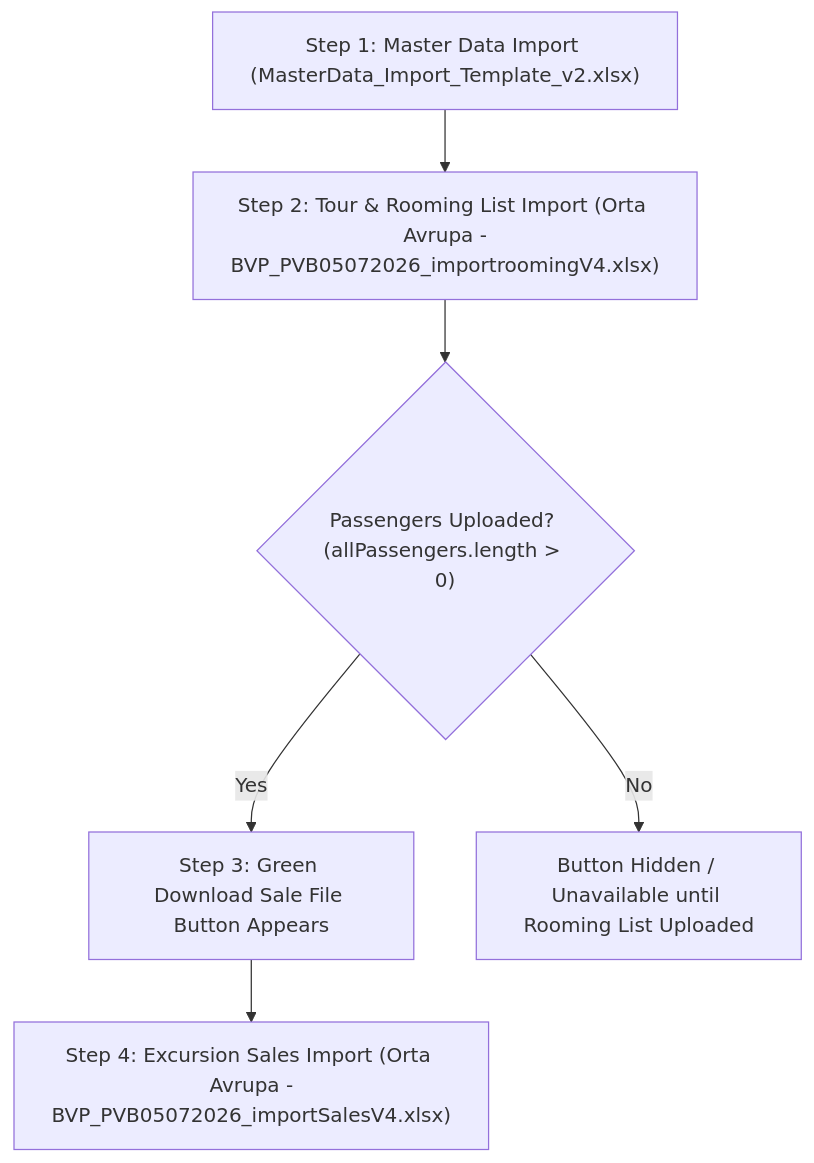
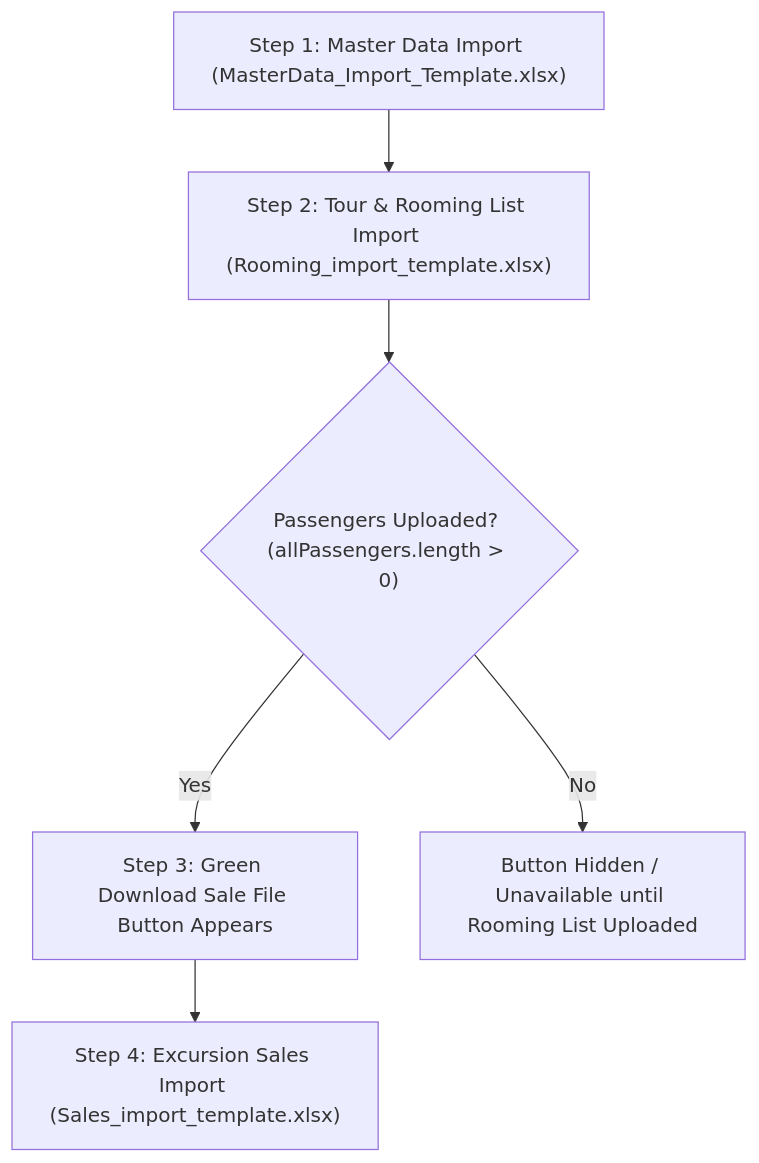
One commit to GErsenCelebi/UNO_ERP changed the diagram in UserManuals/EXCEL_IMPORT_WORKFLOW_GUIDE.md. Above: the diagram before and after it, drawn with Mermaid. The commit also changed other lines of this file and 1 other file, not shown here.

Commit message:
docs(ai): Update EXCEL_IMPORT_WORKFLOW_GUIDE.md to use clean standardized file names MasterData_Import_Template.xlsx, Rooming_import_template.xlsx, Sales_import_template.xlsx

````diff
--- a/UserManuals/EXCEL_IMPORT_WORKFLOW_GUIDE.md
+++ b/UserManuals/EXCEL_IMPORT_WORKFLOW_GUIDE.md
@@ -21,8 +21,8 @@
 ```mermaid
 flowchart TD
-    A["Step 1: Master Data Import (MasterData_Import_Template_v2.xlsx)"] --> B["Step 2: Tour & Rooming List Import (Orta Avrupa -BVP_PVB05072026_importroomingV4.xlsx)"]
+    A["Step 1: Master Data Import (MasterData_Import_Template.xlsx)"] --> B["Step 2: Tour & Rooming List Import (Rooming_import_template.xlsx)"]
     B --> C{"Passengers Uploaded? (allPassengers.length > 0)"}
     C -- Yes --> D["Step 3: Green Download Sale File Button Appears"]
     C -- No --> E["Button Hidden / Unavailable until Rooming List Uploaded"]
-    D --> F["Step 4: Excursion Sales Import (Orta Avrupa -BVP_PVB05072026_importSalesV4.xlsx)"]
+    D --> F["Step 4: Excursion Sales Import (Sales_import_template.xlsx)"]
 ```
````
